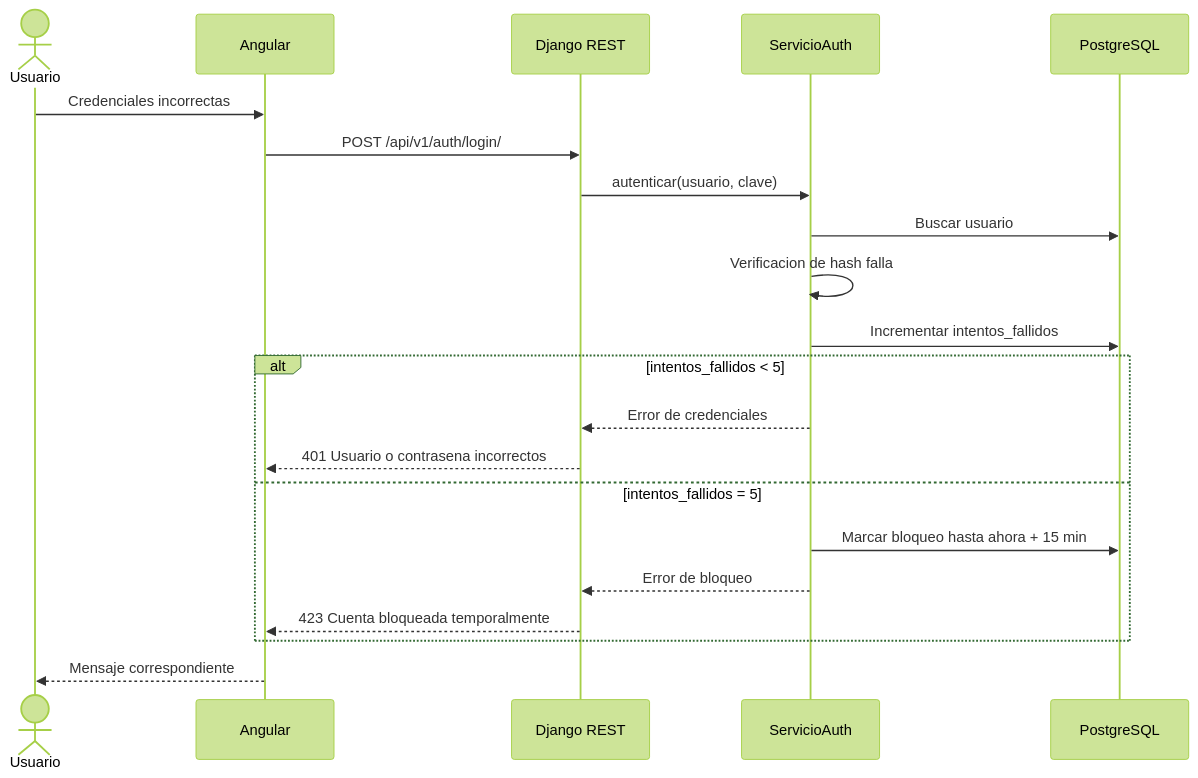
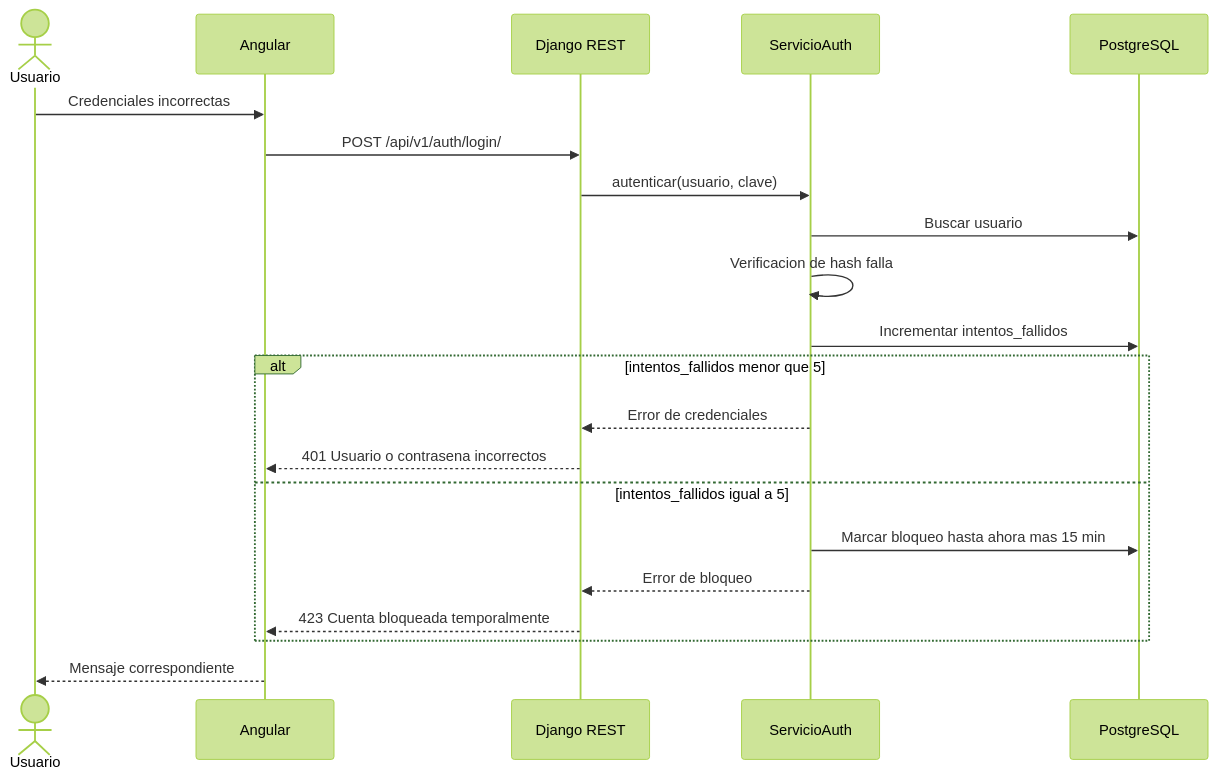
Before and after one commit to adlerOmonte1/LogisticaMinera: the second of 3 diagrams in docs/modulos/M01-autenticacion/diagramas/secuencia.md, drawn with Mermaid (forest theme). The commit also changed other lines of this file and 9 other files, not shown here.

````diff
--- a/docs/modulos/M01-autenticacion/diagramas/secuencia.md
+++ b/docs/modulos/M01-autenticacion/diagramas/secuencia.md
@@ -30,24 +30,26 @@
 ```mermaid
 sequenceDiagram
     actor U as Usuario
     participant NG as Angular
     participant API as Django REST
     participant SRV as ServicioAuth
     participant DB as PostgreSQL
 
     U->>NG: Credenciales incorrectas
     NG->>API: POST /api/v1/auth/login/
     API->>SRV: autenticar(usuario, clave)
     SRV->>DB: Buscar usuario
     SRV->>SRV: Verificacion de hash falla
     SRV->>DB: Incrementar intentos_fallidos
-    alt intentos_fallidos < 5
+
+    alt intentos_fallidos menor que 5
         SRV-->>API: Error de credenciales
         API-->>NG: 401 Usuario o contrasena incorrectos
-    else intentos_fallidos = 5
-        SRV->>DB: Marcar bloqueo hasta ahora + 15 min
+    else intentos_fallidos igual a 5
+        SRV->>DB: Marcar bloqueo hasta ahora mas 15 min
         SRV-->>API: Error de bloqueo
         API-->>NG: 423 Cuenta bloqueada temporalmente
     end
+
     NG-->>U: Mensaje correspondiente
 ```
````
